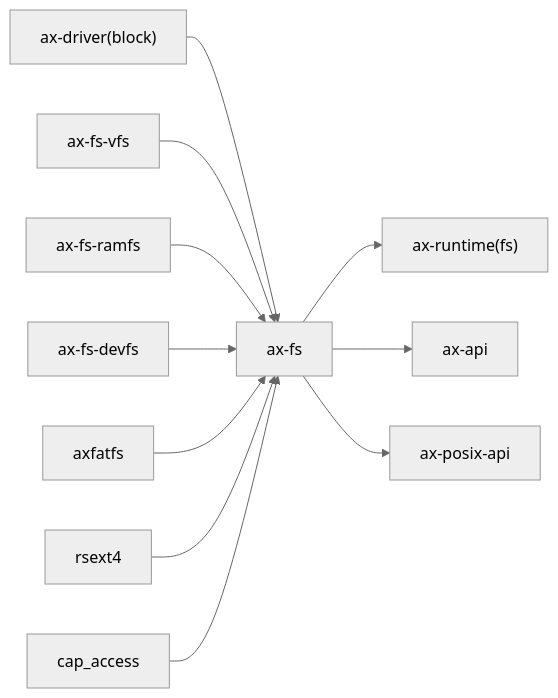
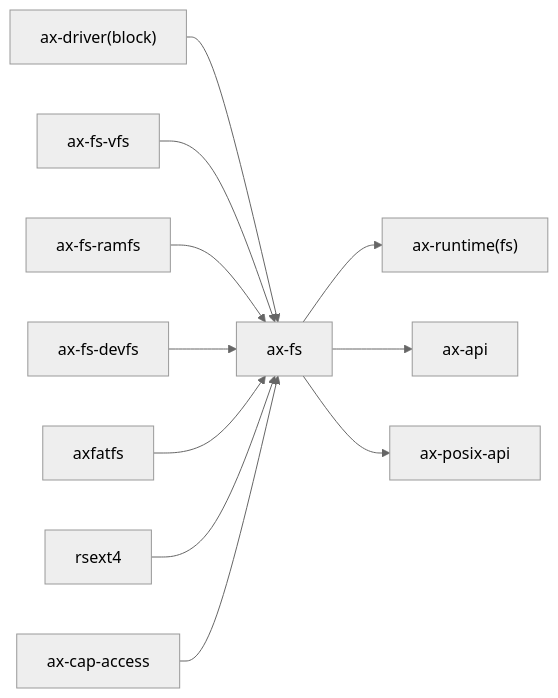
The second of 2 diagrams in docs/crates/ax-fs.md (zKurisu/tgoskits), drawn with Mermaid (neutral theme) before and after one commit. The commit also changed other lines of this file and 13 other files, not shown here.

Commit message:
rename cap_access to ax-cap-access

````diff
--- a/docs/crates/ax-fs.md
+++ b/docs/crates/ax-fs.md
@@ -100,14 +100,14 @@
 ```mermaid
 graph LR
     ax-driver["ax-driver(block)"] --> current["ax-fs"]
     axfs_vfs["ax-fs-vfs"] --> current
     axfs_ramfs["ax-fs-ramfs"] --> current
     axfs_devfs["ax-fs-devfs"] --> current
     axfatfs["axfatfs"] --> current
     rsext4["rsext4"] --> current
-    cap_access["cap_access"] --> current
+    ax_cap_access["ax-cap-access"] --> current
 
     current --> ax-runtime["ax-runtime(fs)"]
     current --> ax-api["ax-api"]
     current --> ax-posix-api["ax-posix-api"]
 ```
````
